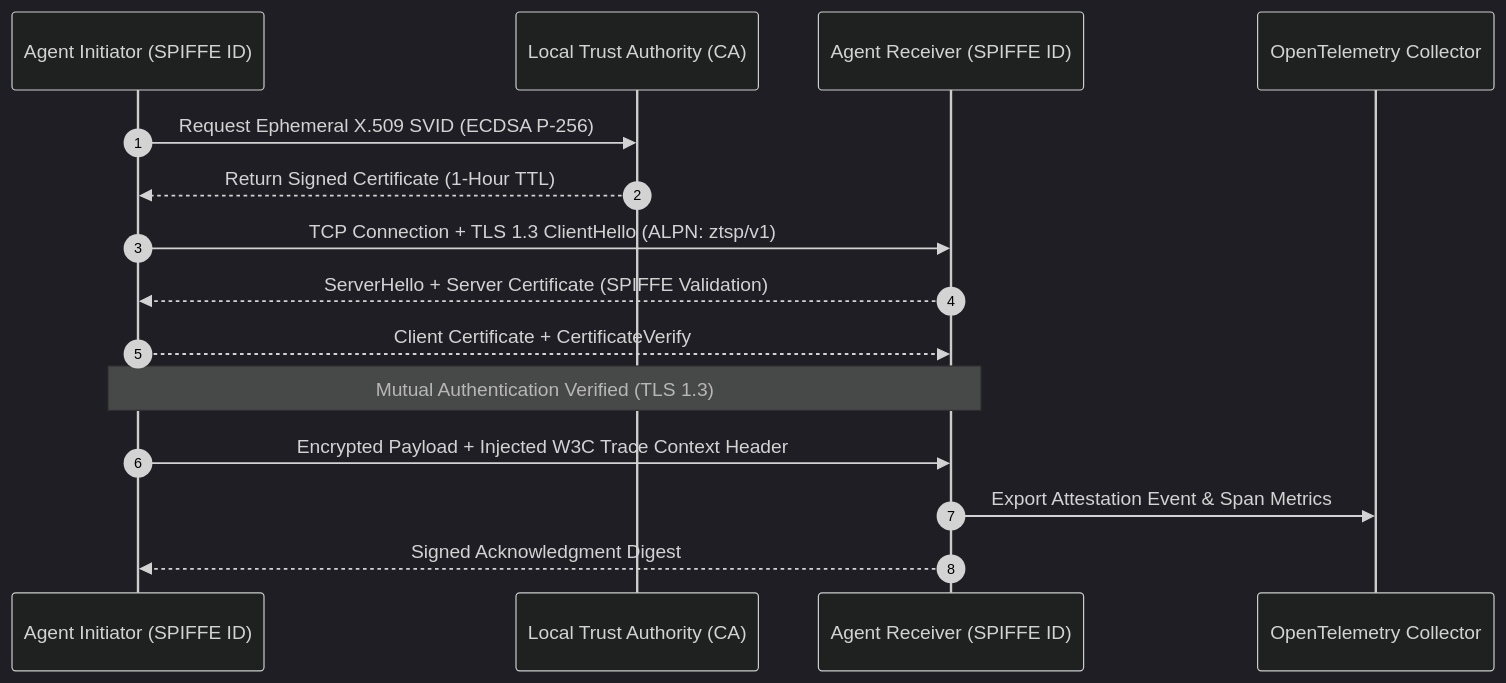
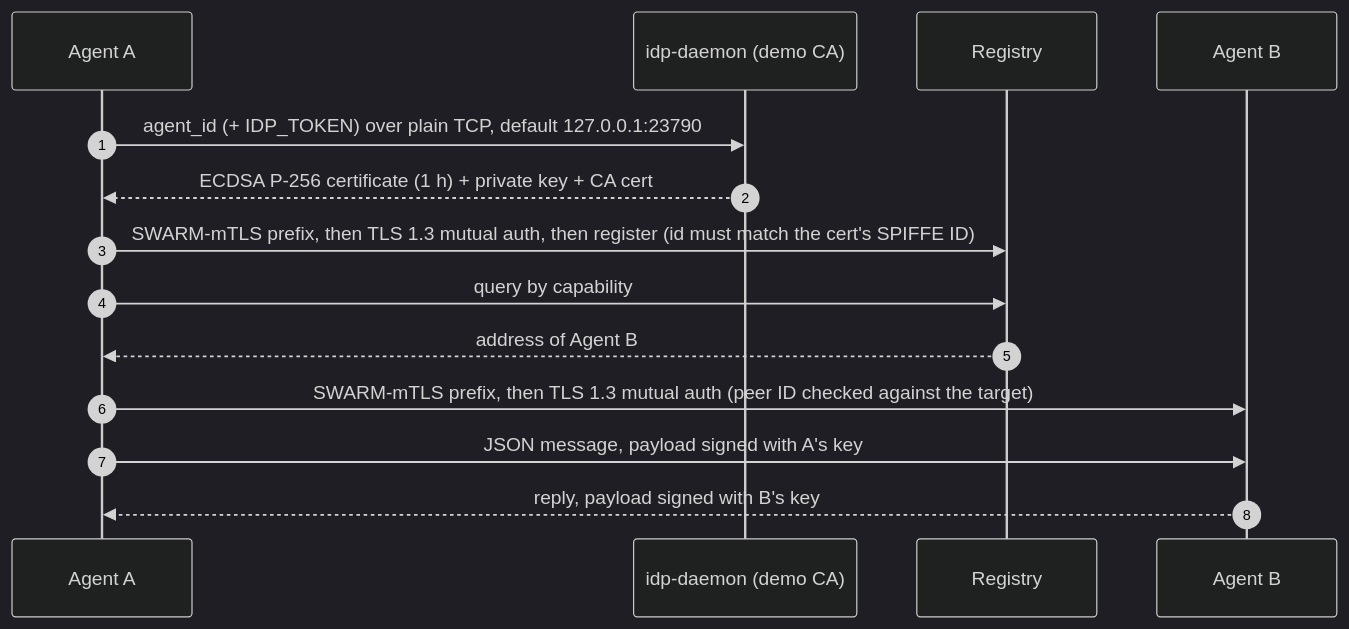
The diagram in README.md (HamzaKhanBUIC/Zero-Trust-Swarm-Protocol), drawn with Mermaid (dark theme) before and after one commit. The commit also changed other lines of this file, not shown here.

Commit message:
docs: honest README — Zero-Trust Swarm Protocol (#5)

````diff
--- a/README.md
+++ b/README.md
@@ -25,18 +18,17 @@
 ```mermaid
 sequenceDiagram
     autonumber
-    participant A as Agent Initiator (SPIFFE ID)
-    participant CA as Local Trust Authority (CA)
-    participant B as Agent Receiver (SPIFFE ID)
-    participant OTel as OpenTelemetry Collector
+    participant A as Agent A
+    participant IdP as idp-daemon (demo CA)
+    participant R as Registry
+    participant B as Agent B
 
-    A->>CA: Request Ephemeral X.509 SVID (ECDSA P-256)
-    CA-->>A: Return Signed Certificate (1-Hour TTL)
-    A->>B: TCP Connection + TLS 1.3 ClientHello (ALPN: ztsp/v1)
-    B-->>A: ServerHello + Server Certificate (SPIFFE Validation)
-    A-->>B: Client Certificate + CertificateVerify
-    Note over A,B: Mutual Authentication Verified (TLS 1.3)
-    A->>B: Encrypted Payload + Injected W3C Trace Context Header
-    B->>OTel: Export Attestation Event & Span Metrics
-    B-->>A: Signed Acknowledgment Digest
+    A->>IdP: agent_id (+ IDP_TOKEN) over plain TCP, default 127.0.0.1:23790
+    IdP-->>A: ECDSA P-256 certificate (1 h) + private key + CA cert
+    A->>R: SWARM-mTLS prefix, then TLS 1.3 mutual auth, then register (id must match the cert's SPIFFE ID)
+    A->>R: query by capability
+    R-->>A: address of Agent B
+    A->>B: SWARM-mTLS prefix, then TLS 1.3 mutual auth (peer ID checked against the target)
+    A->>B: JSON message, payload signed with A's key
+    B-->>A: reply, payload signed with B's key
 ```
````
